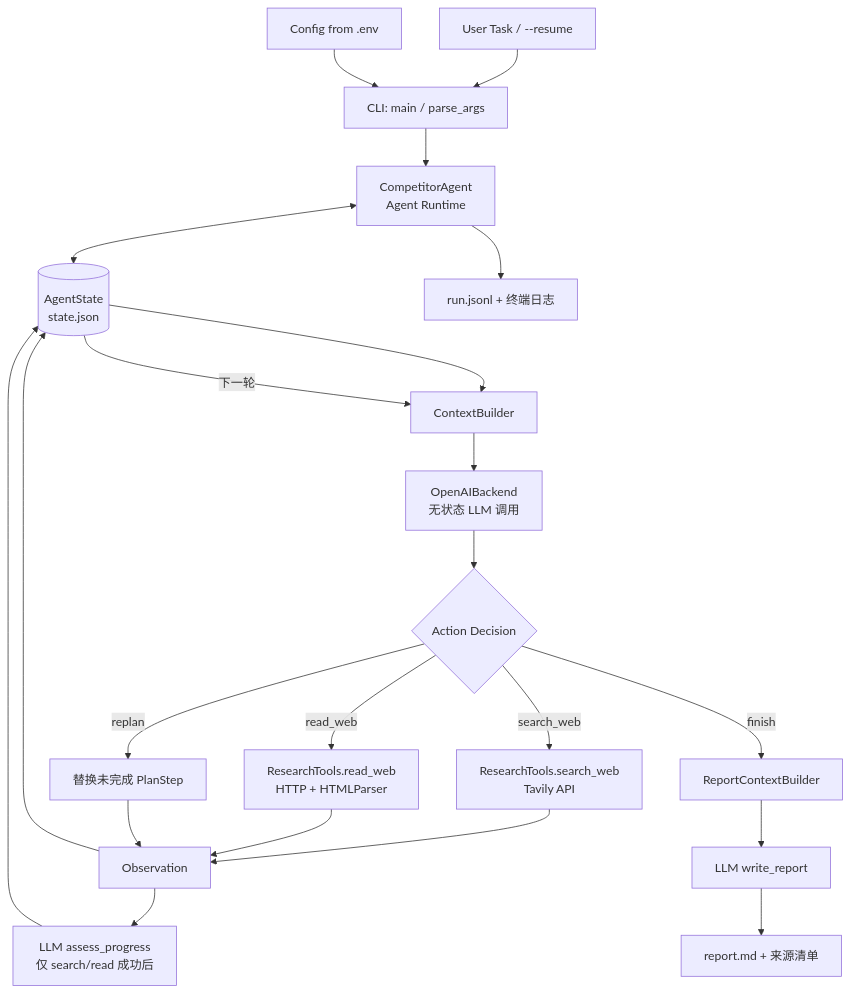
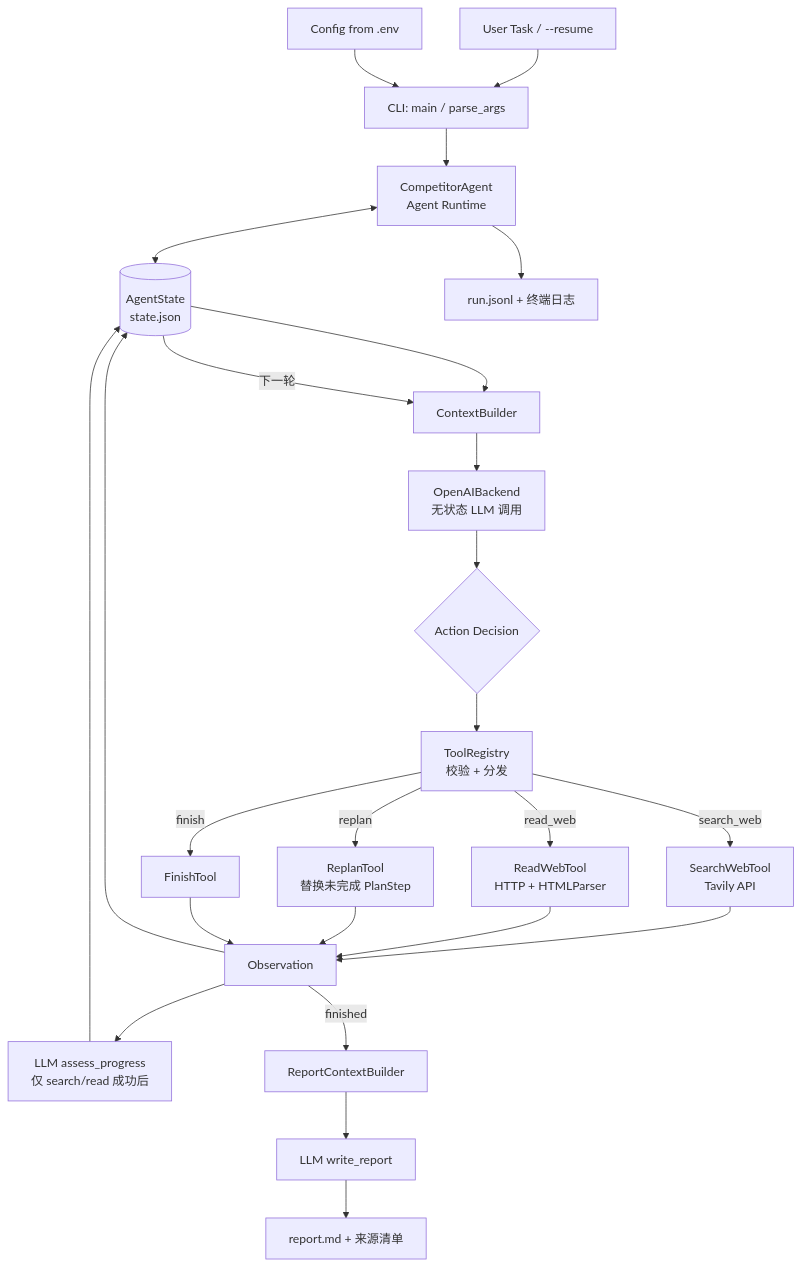
Before and after one commit to chiye0916/agent-competitor: the first of 3 diagrams in docs/ARCHITECTURE.md, drawn with Mermaid. The commit also changed other lines of this file and 15 other files, not shown here.

Commit message:
refactor: add extensible tool registry

````diff
--- a/docs/ARCHITECTURE.md
+++ b/docs/ARCHITECTURE.md
@@ -9,24 +9,27 @@
 ```mermaid
 flowchart TD
     U[User Task / --resume] --> CLI[CLI: main / parse_args]
     CFG[Config from .env] --> CLI
     CLI --> A[CompetitorAgent<br/>Agent Runtime]
     A <--> S[(AgentState<br/>state.json)]
     S --> C[ContextBuilder]
     C --> L[OpenAIBackend<br/>无状态 LLM 调用]
     L --> D{Action Decision}
-    D -->|search_web| SW[ResearchTools.search_web<br/>Tavily API]
-    D -->|read_web| RW[ResearchTools.read_web<br/>HTTP + HTMLParser]
-    D -->|replan| RP[替换未完成 PlanStep]
+    D --> TR[ToolRegistry<br/>校验 + 分发]
+    TR -->|search_web| SW[SearchWebTool<br/>Tavily API]
+    TR -->|read_web| RW[ReadWebTool<br/>HTTP + HTMLParser]
+    TR -->|replan| RP[ReplanTool<br/>替换未完成 PlanStep]
+    TR -->|finish| FN[FinishTool]
     SW --> O[Observation]
     RW --> O
     RP --> O
+    FN --> O
     O --> PA[LLM assess_progress<br/>仅 search/read 成功后]
     PA --> S
     O --> S
     S -->|下一轮| C
-    D -->|finish| RC[ReportContextBuilder]
+    O -->|finished| RC[ReportContextBuilder]
     RC --> WR[LLM write_report]
     WR --> R[report.md + 来源清单]
     A --> J[run.jsonl + 终端日志]
 ```
````
